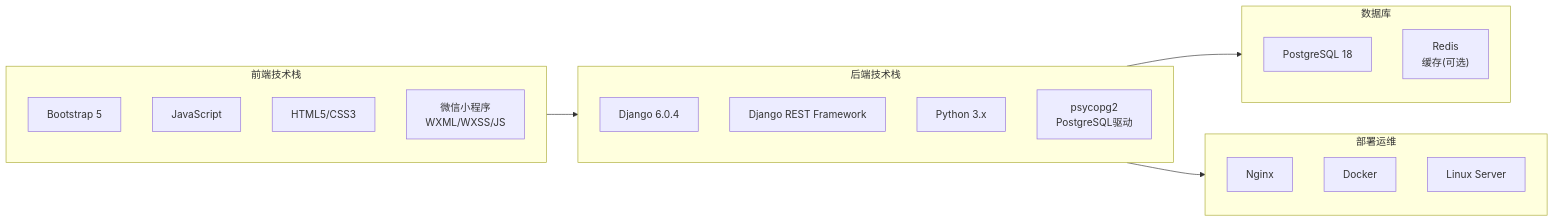
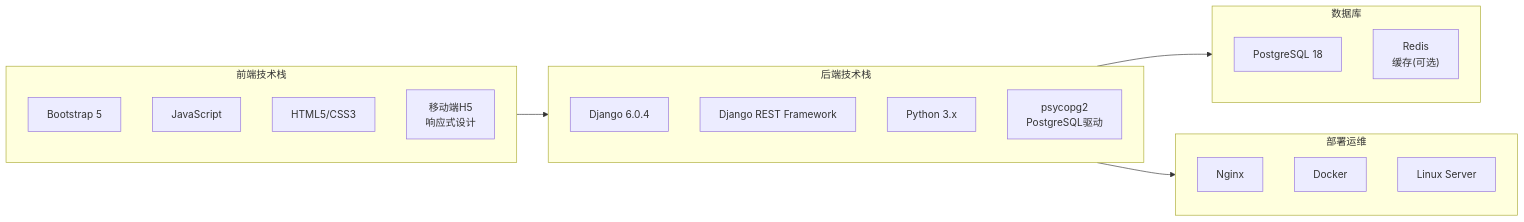
Before and after one commit to zzhe3076/zzhe: the second of 8 diagrams in MVP技术框架图.md, drawn with Mermaid. The commit also changed other lines of this file and 11 other files, not shown here.

````diff
--- a/MVP技术框架图.md
+++ b/MVP技术框架图.md
@@ -109,34 +110,34 @@
 ```mermaid
 graph LR
     subgraph Frontend["前端技术栈"]
         direction TB
         F1["Bootstrap 5"]
         F2["JavaScript"]
         F3["HTML5/CSS3"]
-        F4["微信小程序<br/>WXML/WXSS/JS"]
+        F4["移动端H5<br/>响应式设计"]
     end
 
     subgraph Backend["后端技术栈"]
         direction TB
         B1["Django 6.0.4"]
         B2["Django REST Framework"]
         B3["Python 3.x"]
         B4["psycopg2<br/>PostgreSQL驱动"]
     end
 
     subgraph Database["数据库"]
         D1["PostgreSQL 18"]
         D2["Redis<br/>缓存(可选)"]
     end
 
     subgraph DevOps["部署运维"]
         direction TB
         D3["Nginx"]
         D4["Docker"]
         D5["Linux Server"]
     end
 
     Frontend --> Backend
     Backend --> Database
     Backend --> DevOps
 ```
````
